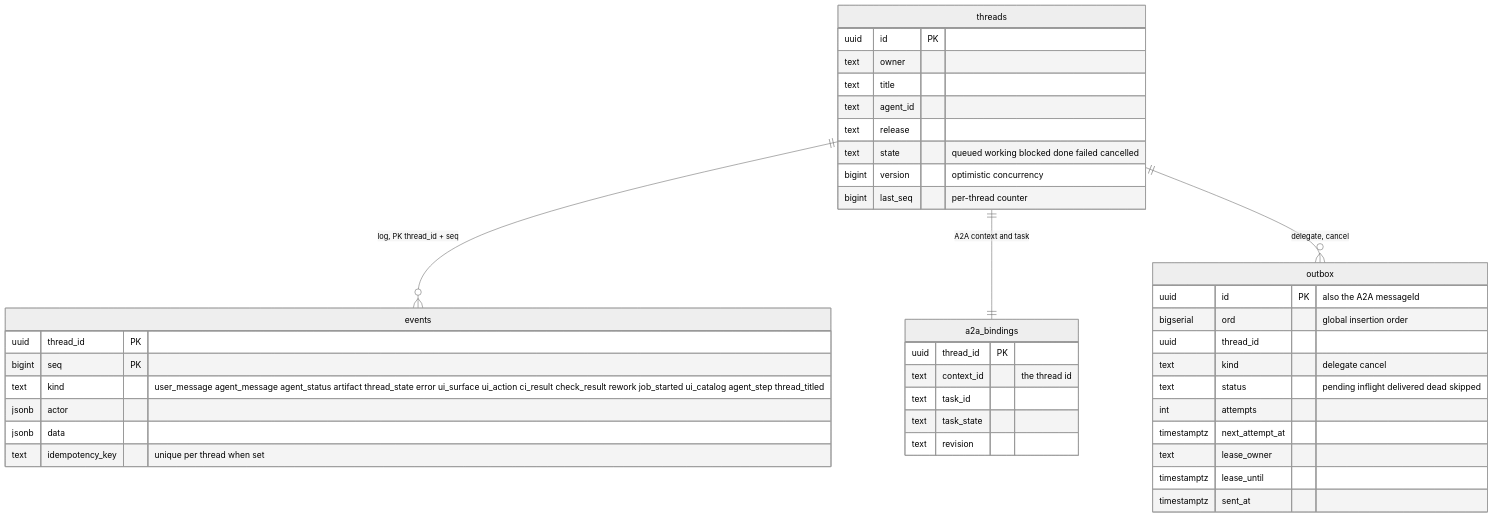
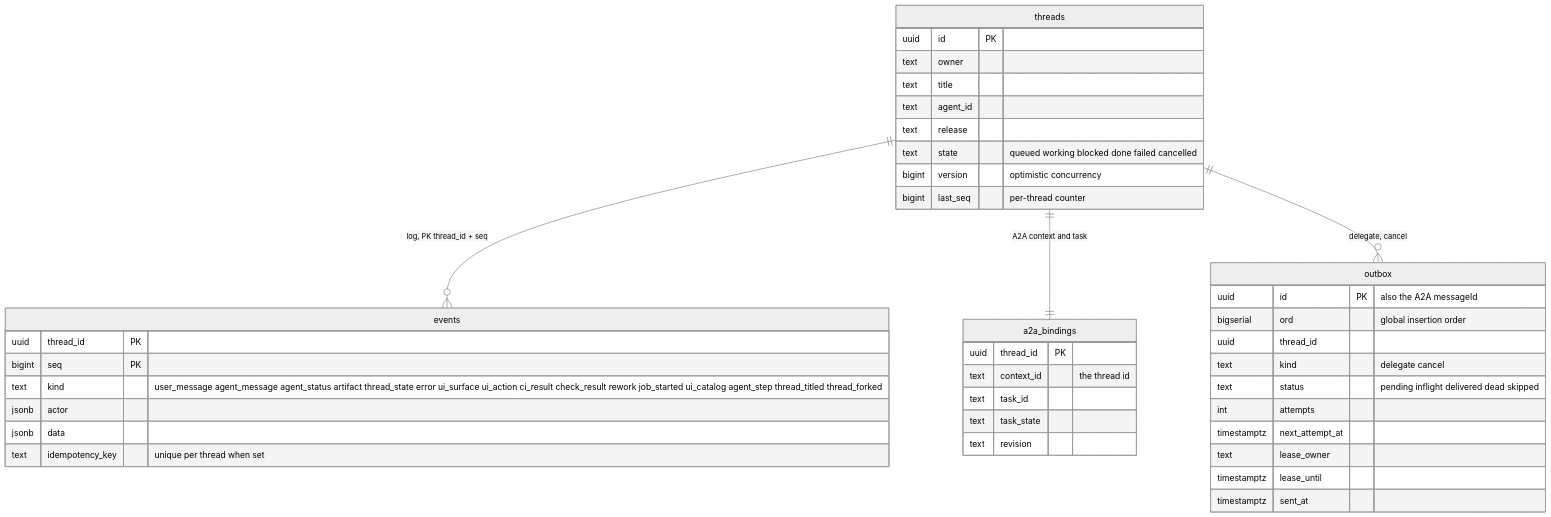
One commit to vymalo/another-agentic-system changed diagram 23 of 28 in docs/orchestrator.md. Above: the diagram before and after it, drawn with Mermaid (neutral theme). The commit also changed other lines of this file and 44 other files, not shown here.

First line of the commit message:
feat: fork a thread — the thread_forked event and the fork API (F1–F2) (#89)

````diff
--- a/docs/orchestrator.md
+++ b/docs/orchestrator.md
@@ -1391,43 +1434,43 @@
 ```mermaid
 erDiagram
   threads ||--o{ events : "log, PK thread_id + seq"
   threads ||--|| a2a_bindings : "A2A context and task"
   threads ||--o{ outbox : "delegate, cancel"
   threads {
     uuid id PK
     text owner
     text title
     text agent_id
     text release
     text state "queued working blocked done failed cancelled"
     bigint version "optimistic concurrency"
     bigint last_seq "per-thread counter"
   }
   events {
     uuid thread_id PK
     bigint seq PK
-    text kind "user_message agent_message agent_status artifact thread_state error ui_surface ui_action ci_result check_result rework job_started ui_catalog agent_step thread_titled"
+    text kind "user_message agent_message agent_status artifact thread_state error ui_surface ui_action ci_result check_result rework job_started ui_catalog agent_step thread_titled thread_forked"
     jsonb actor
     jsonb data
     text idempotency_key "unique per thread when set"
   }
   a2a_bindings {
     uuid thread_id PK
     text context_id "the thread id"
     text task_id
     text task_state
     text revision
   }
   outbox {
     uuid id PK "also the A2A messageId"
     bigserial ord "global insertion order"
     uuid thread_id
     text kind "delegate cancel"
     text status "pending inflight delivered dead skipped"
     int attempts
     timestamptz next_attempt_at
     text lease_owner
     timestamptz lease_until
     timestamptz sent_at
   }
 ```
````
